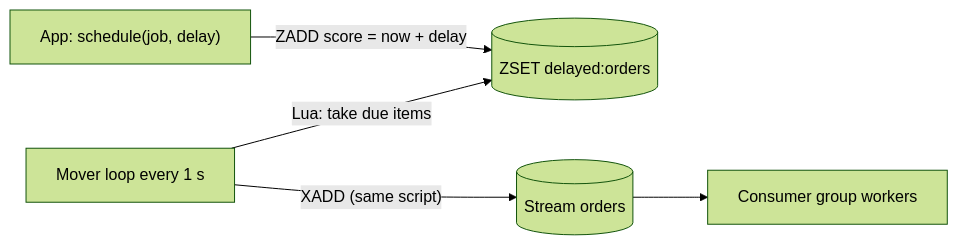
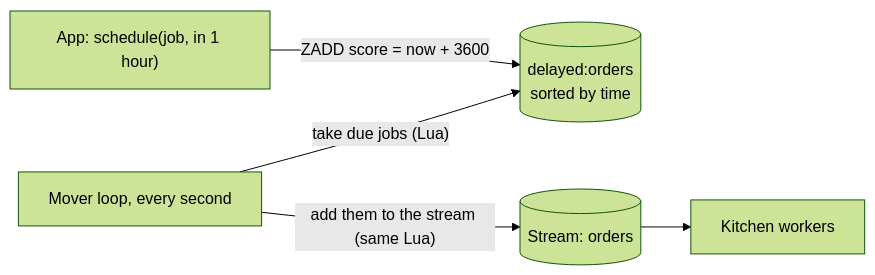
One commit to selvakumarperumal/Regulatory_Circular_Impact_Agent changed the tenth of 30 diagrams in redis.md. Above: the diagram before and after it, drawn with Mermaid (forest theme). The commit also changed other lines of this file, not shown here.

````diff
--- a/redis.md
+++ b/redis.md
@@ -772,7 +1073,7 @@
 ```mermaid
 flowchart LR
-    APP["App: schedule(job, delay)"] -- "ZADD score = now + delay" --> Z[("ZSET delayed:orders")]
-    MOVER["Mover loop every 1 s"] -- "Lua: take due items" --> Z
-    MOVER -- "XADD (same script)" --> S[("Stream orders")]
-    S --> WK["Consumer group workers"]
+    APP["App: schedule(job, in 1 hour)"] -- "ZADD score = now + 3600" --> Z[("delayed:orders<br/>sorted by time")]
+    MOVER["Mover loop, every second"] -- "take due jobs (Lua)" --> Z
+    MOVER -- "add them to the stream (same Lua)" --> S[("Stream: orders")]
+    S --> W["Kitchen workers"]
 ```
````
